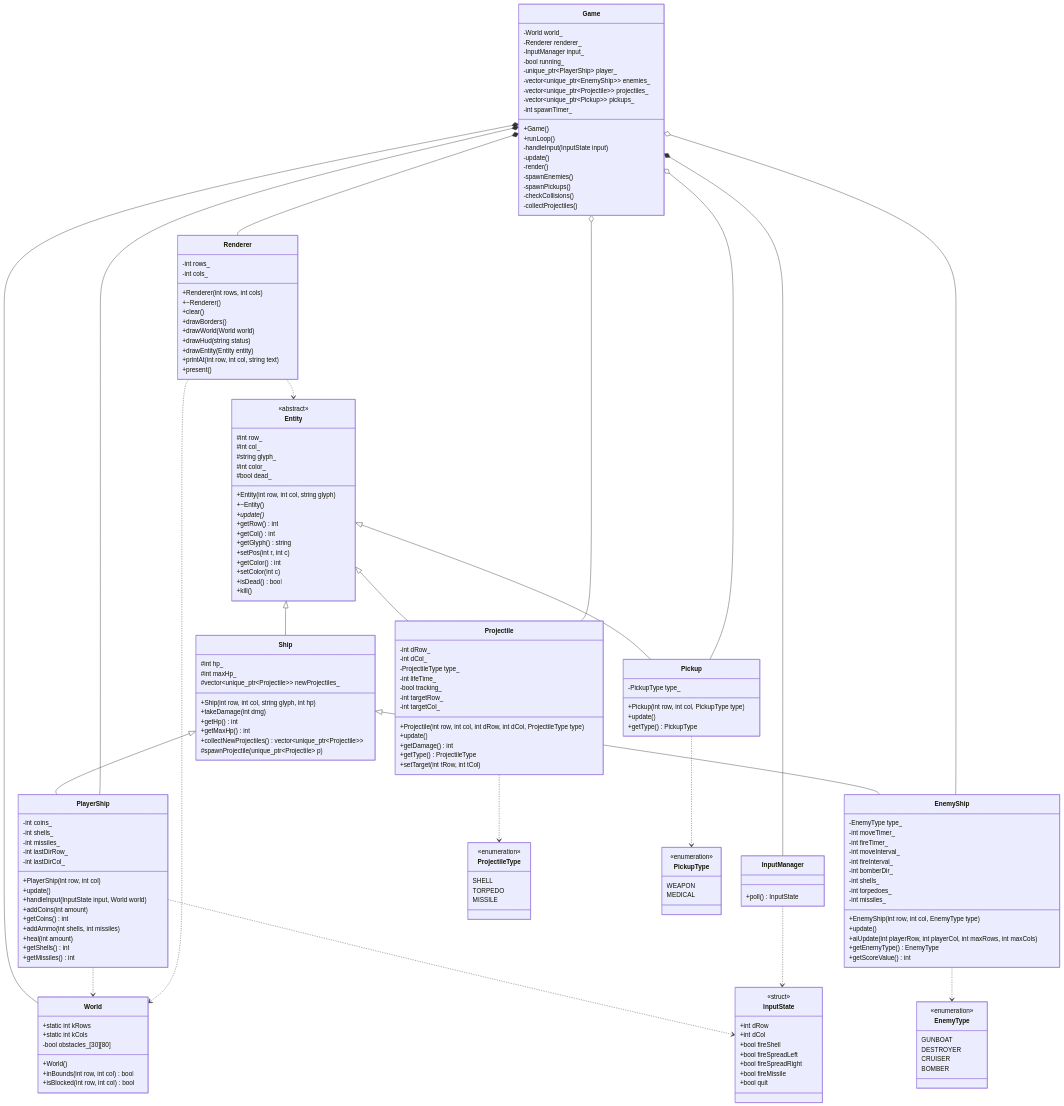
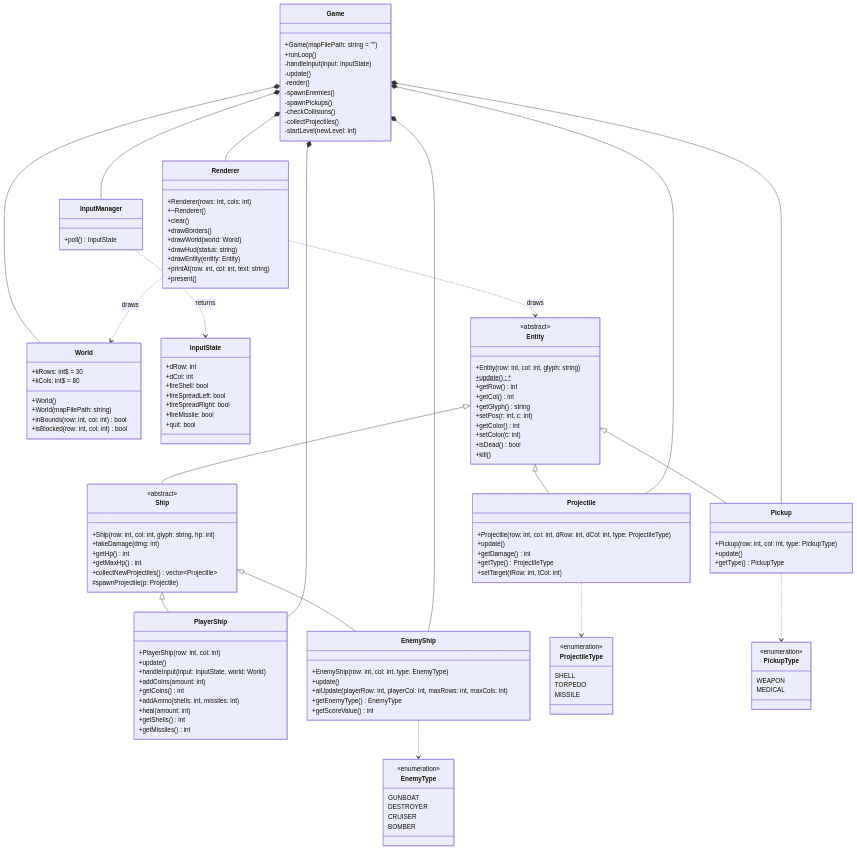
Before and after one commit to ty-yqs/Cpp-Terminal-Naval-War-Game: the diagram in ClassDiagram.md, drawn with Mermaid. The commit also changed other lines of this file and 9 other files, not shown here.

````diff
--- a/ClassDiagram.md
+++ b/ClassDiagram.md
@@ -3,193 +1,155 @@
 ```mermaid
 classDiagram
-    class Entity {
-        <<abstract>>
-        #int row_
-        #int col_
-        #string glyph_
-        #int color_
-        #bool dead_
-        +Entity(int row, int col, string glyph)
-        +~Entity()
-        +update()*
-        +getRow() int
-        +getCol() int
-        +getGlyph() string
-        +setPos(int r, int c)
-        +getColor() int
-        +setColor(int c)
-        +isDead() bool
-        +kill()
-    }
+direction TB
 
-    class Ship {
-        #int hp_
-        #int maxHp_
-        #vector~unique_ptr~Projectile~~ newProjectiles_
-        +Ship(int row, int col, string glyph, int hp)
-        +takeDamage(int dmg)
-        +getHp() int
-        +getMaxHp() int
-        +collectNewProjectiles() vector~unique_ptr~Projectile~~
-        #spawnProjectile(unique_ptr~Projectile~ p)
-    }
+class Game {
+	+Game(mapFilePath: string = "")
+	+runLoop()
+	-handleInput(input: InputState)
+	-update()
+	-render()
+	-spawnEnemies()
+	-spawnPickups()
+	-checkCollisions()
+	-collectProjectiles()
+	-startLevel(newLevel: int)
+}
 
-    class PlayerShip {
-        -int coins_
-        -int shells_
-        -int missiles_
-        -int lastDirRow_
-        -int lastDirCol_
-        +PlayerShip(int row, int col)
-        +update()
-        +handleInput(InputState input, World world)
-        +addCoins(int amount)
-        +getCoins() int
-        +addAmmo(int shells, int missiles)
-        +heal(int amount)
-        +getShells() int
-        +getMissiles() int
-    }
+class World {
+	+kRows: int$ = 30
+	+kCols: int$ = 80
+	+World()
+	+World(mapFilePath: string)
+	+inBounds(row: int, col: int) bool
+	+isBlocked(row: int, col: int) bool
+}
 
-    class EnemyShip {
-        -EnemyType type_
-        -int moveTimer_
-        -int fireTimer_
-        -int moveInterval_
-        -int fireInterval_
-        -int bomberDir_
-        -int shells_
-        -int torpedoes_
-        -int missiles_
-        +EnemyShip(int row, int col, EnemyType type)
-        +update()
-        +aiUpdate(int playerRow, int playerCol, int maxRows, int maxCols)
-        +getEnemyType() EnemyType
-        +getScoreValue() int
-    }
+class Renderer {
+	+Renderer(rows: int, cols: int)
+	+~Renderer()
+	+clear()
+	+drawBorders()
+	+drawWorld(world: World)
+	+drawHud(status: string)
+	+drawEntity(entity: Entity)
+	+printAt(row: int, col: int, text: string)
+	+present()
+}
 
-    class Projectile {
-        -int dRow_
-        -int dCol_
-        -ProjectileType type_
-        -int lifeTime_
-        -bool tracking_
-        -int targetRow_
-        -int targetCol_
-        +Projectile(int row, int col, int dRow, int dCol, ProjectileType type)
-        +update()
-        +getDamage() int
-        +getType() ProjectileType
-        +setTarget(int tRow, int tCol)
-    }
+class InputManager {
+	+poll() InputState
+}
 
-    class Pickup {
-        -PickupType type_
-        +Pickup(int row, int col, PickupType type)
-        +update()
-        +getType() PickupType
-    }
+class InputState {
+	+dRow: int
+	+dCol: int
+	+fireShell: bool
+	+fireSpreadLeft: bool
+	+fireSpreadRight: bool
+	+fireMissile: bool
+	+quit: bool
+}
 
-    class World {
-        +static int kRows
-        +static int kCols
-        -bool obstacles_[30][80]
-        +World()
-        +inBounds(int row, int col) bool
-        +isBlocked(int row, int col) bool
-    }
+class Entity {
+	<<abstract>>
+	+Entity(row: int, col: int, glyph: string)
+	+update()$*
+	+getRow() int
+	+getCol() int
+	+getGlyph() string
+	+setPos(r: int, c: int)
+	+getColor() int
+	+setColor(c: int)
+	+isDead() bool
+	+kill()
+}
 
-    class Renderer {
-        -int rows_
-        -int cols_
-        +Renderer(int rows, int cols)
-        +~Renderer()
-        +clear()
-        +drawBorders()
-        +drawWorld(World world)
-        +drawHud(string status)
-        +drawEntity(Entity entity)
-        +printAt(int row, int col, string text)
-        +present()
-    }
+class Ship {
+	<<abstract>>
+	+Ship(row: int, col: int, glyph: string, hp: int)
+	+takeDamage(dmg: int)
+	+getHp() int
+	+getMaxHp() int
+	+collectNewProjectiles() vector~Projectile~
+	#spawnProjectile(p: Projectile)
+}
 
-    class InputManager {
-        +poll() InputState
-    }
+class PlayerShip {
+	+PlayerShip(row: int, col: int)
+	+update()
+	+handleInput(input: InputState, world: World)
+	+addCoins(amount: int)
+	+getCoins() int
+	+addAmmo(shells: int, missiles: int)
+	+heal(amount: int)
+	+getShells() int
+	+getMissiles() int
+}
 
-    class Game {
-        -World world_
-        -Renderer renderer_
-        -InputManager input_
-        -bool running_
-        -unique_ptr~PlayerShip~ player_
-        -vector~unique_ptr~EnemyShip~~ enemies_
-        -vector~unique_ptr~Projectile~~ projectiles_
-        -vector~unique_ptr~Pickup~~ pickups_
-        -int spawnTimer_
-        +Game()
-        +runLoop()
-        -handleInput(InputState input)
-        -update()
-        -render()
-        -spawnEnemies()
-        -spawnPickups()
-        -checkCollisions()
-        -collectProjectiles()
-    }
+class EnemyShip {
+	+EnemyShip(row: int, col: int, type: EnemyType)
+	+update()
+	+aiUpdate(playerRow: int, playerCol: int, maxRows: int, maxCols: int)
+	+getEnemyType() EnemyType
+	+getScoreValue() int
+}
 
-    class InputState {
-        <<struct>>
-        +int dRow
-        +int dCol
-        +bool fireShell
-        +bool fireSpreadLeft
-        +bool fireSpreadRight
-        +bool fireMissile
-        +bool quit
-    }
+class Projectile {
+	+Projectile(row: int, col: int, dRow: int, dCol: int, type: ProjectileType)
+	+update()
+	+getDamage() int
+	+getType() ProjectileType
+	+setTarget(tRow: int, tCol: int)
+}
 
-    class EnemyType {
-        <<enumeration>>
-        GUNBOAT
-        DESTROYER
-        CRUISER
-        BOMBER
-    }
+class Pickup {
+	+Pickup(row: int, col: int, type: PickupType)
+	+update()
+	+getType() PickupType
+}
 
-    class ProjectileType {
-        <<enumeration>>
-        SHELL
-        TORPEDO
-        MISSILE
-    }
+class EnemyType {
+	<<enumeration>>
+	GUNBOAT
+	DESTROYER
+	CRUISER
+	BOMBER
+}
 
-    class PickupType {
-        <<enumeration>>
-        WEAPON
-        MEDICAL
-    }
+class ProjectileType {
+	<<enumeration>>
+	SHELL
+	TORPEDO
+	MISSILE
+}
 
-    Entity <|-- Ship
-    Entity <|-- Projectile
-    Entity <|-- Pickup
-    Ship <|-- PlayerShip
-    Ship <|-- EnemyShip
-    
-    Game *-- World
-    Game *-- Renderer
-    Game *-- InputManager
-    Game *-- PlayerShip
-    Game o-- EnemyShip
-    Game o-- Projectile
-    Game o-- Pickup
+class PickupType {
+	<<enumeration>>
+	WEAPON
+	MEDICAL
+}
 
-    EnemyShip ..> EnemyType
-    Projectile ..> ProjectileType
-    Pickup ..> PickupType
-    PlayerShip ..> InputState
-    PlayerShip ..> World
-    Renderer ..> World
-    Renderer ..> Entity
-    InputManager ..> InputState
+%% Inheritance
+Entity <|-- Ship
+Ship <|-- PlayerShip
+Ship <|-- EnemyShip
+Entity <|-- Projectile
+Entity <|-- Pickup
+
+%% Composition / ownership (Game manages lifetime)
+Game *-- World
+Game *-- Renderer
+Game *-- InputManager
+Game *-- PlayerShip
+Game *-- EnemyShip
+Game *-- Projectile
+Game *-- Pickup
+
+%% Usage / dependencies
+InputManager ..> InputState : returns
+Renderer ..> Entity : draws
+Renderer ..> World : draws
+EnemyShip ..> EnemyType
+Projectile ..> ProjectileType
+Pickup ..> PickupType
 ```
````
